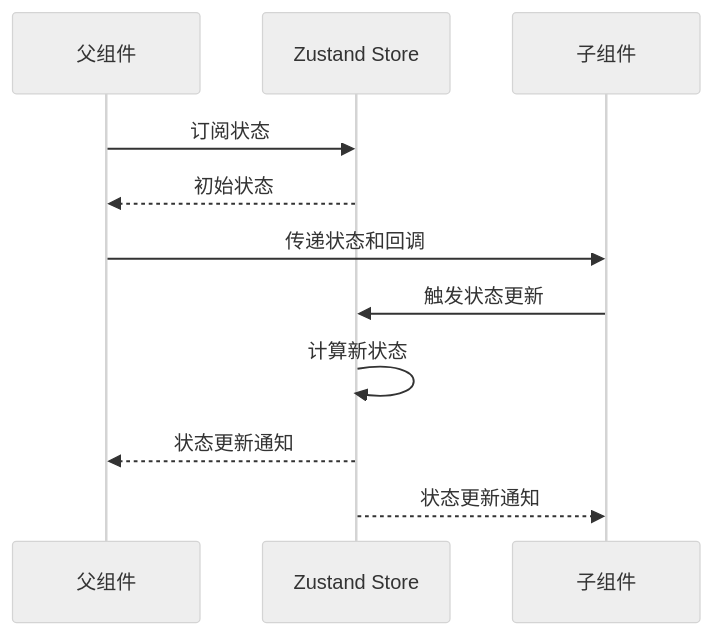
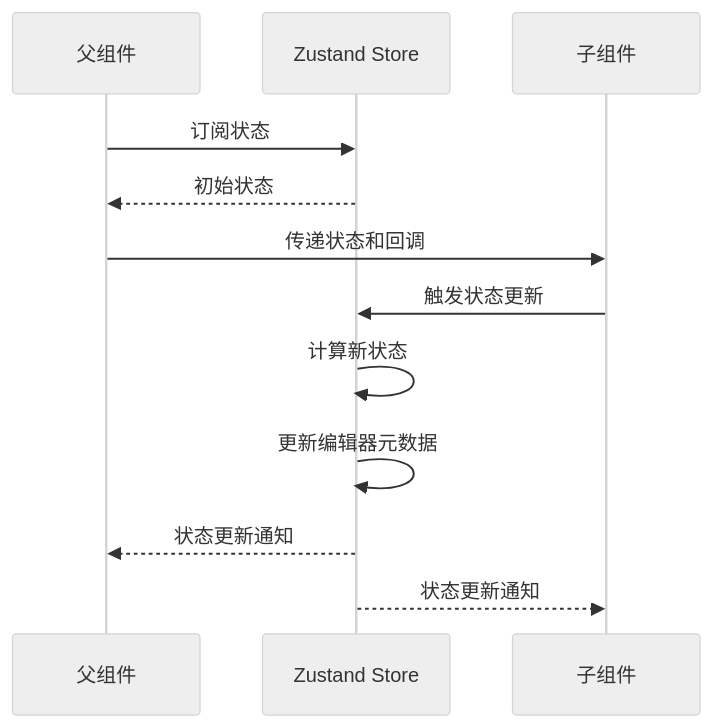
One commit to billye220670/BananaFlow2 changed diagram 19 of 19 in .qoder/repowiki/zh/content/状态管理系统.md. Above: the diagram before and after it, drawn with Mermaid (neutral theme). The commit also changed other lines of this file and 10 other files, not shown here.

````diff
--- a/.qoder/repowiki/zh/content/状态管理系统.md
+++ b/.qoder/repowiki/zh/content/状态管理系统.md
@@ -599,13 +763,14 @@
 ```mermaid
 sequenceDiagram
 participant Parent as 父组件
 participant Store as Zustand Store
 participant Child as 子组件
 Parent->>Store : 订阅状态
 Store-->>Parent : 初始状态
 Parent->>Child : 传递状态和回调
 Child->>Store : 触发状态更新
 Store->>Store : 计算新状态
+Store->>Store : 更新编辑器元数据
 Store-->>Parent : 状态更新通知
 Store-->>Child : 状态更新通知
 ```
````
